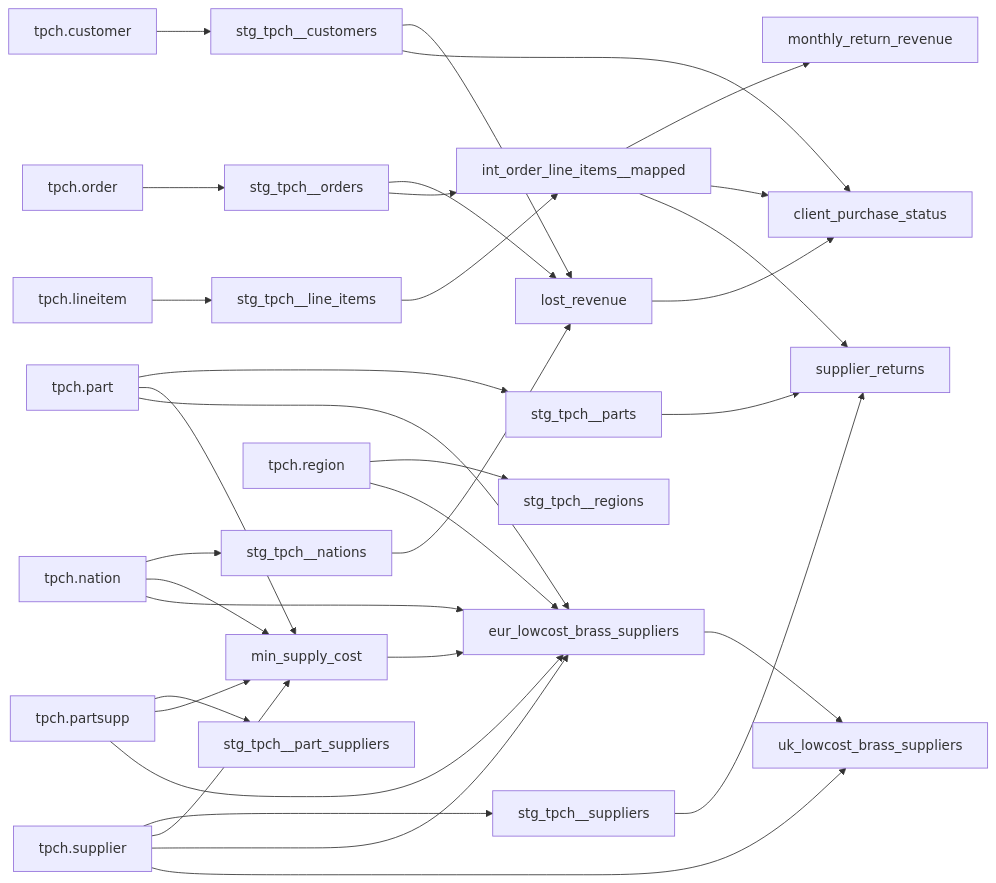
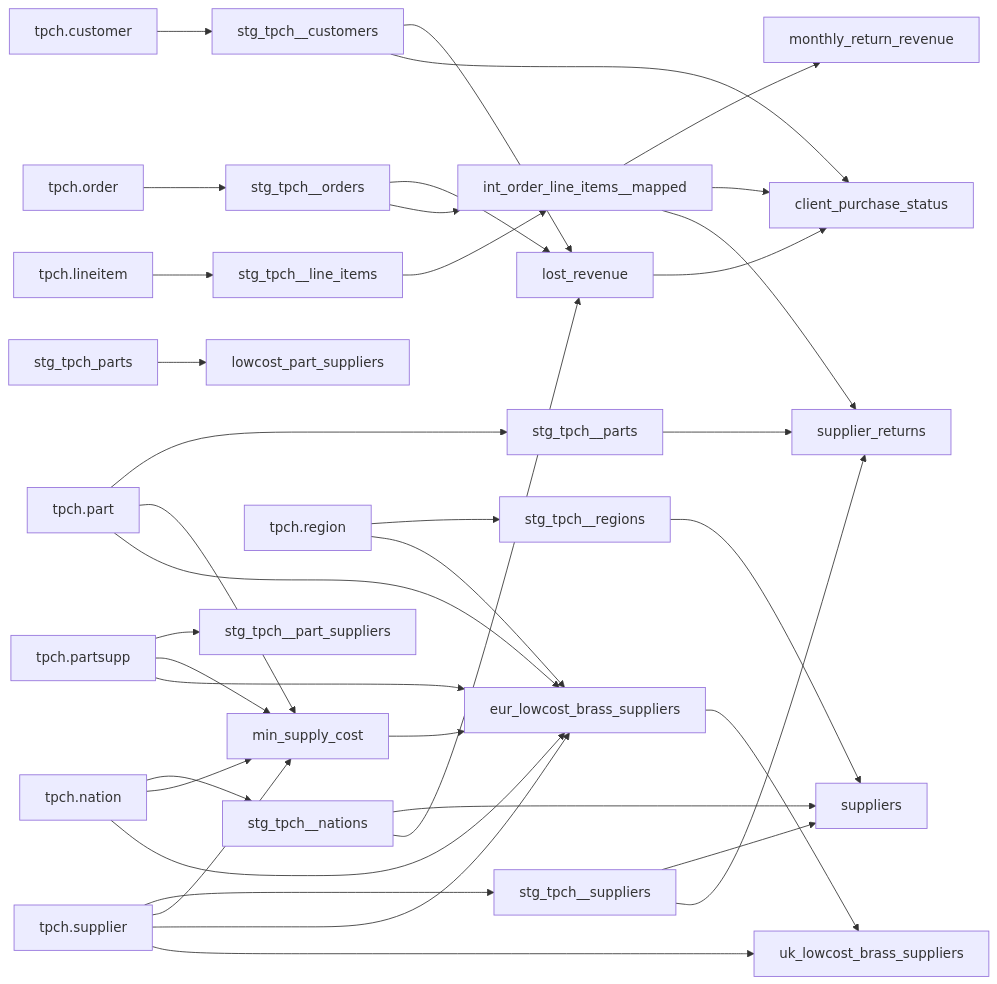
The second of 2 diagrams in README.md (nicholasyager/hubspot-technical-assessment-template), drawn with Mermaid before and after one commit.

````diff
--- a/README.md
+++ b/README.md
@@ -31,52 +31,61 @@
 ```mermaid
 flowchart LR
 
     classDef newModel stroke:#DAF7A6, fill:#DAF7A644
     classDef removedModel stroke:#F7A6B1, fill:#F7A6B144
 
     tpch.customer --> stg_tpch__customers;
     tpch.lineitem --> stg_tpch__line_items;
     tpch.nation --> stg_tpch__nations;
     tpch.order --> stg_tpch__orders;
     tpch.partsupp --> stg_tpch__part_suppliers;
     tpch.part --> stg_tpch__parts;
     tpch.region --> stg_tpch__regions;
     tpch.supplier --> stg_tpch__suppliers;
+
+    stg_tpch__suppliers --> suppliers
+    stg_tpch__nations --> suppliers
+    stg_tpch__regions --> suppliers
 
     stg_tpch__orders --> lost_revenue
     stg_tpch__customers --> lost_revenue
     stg_tpch__nations --> lost_revenue
 
     stg_tpch__orders --> int_order_line_items__mapped
     stg_tpch__line_items --> int_order_line_items__mapped
 
 
     int_order_line_items__mapped --> monthly_return_revenue
 
     stg_tpch__customers --> client_purchase_status;
     int_order_line_items__mapped --> client_purchase_status;
     lost_revenue --> client_purchase_status;
 
     min_supply_cost
     tpch.part --> min_supply_cost
     tpch.supplier --> min_supply_cost
     tpch.partsupp --> min_supply_cost
     tpch.nation --> min_supply_cost
 
     eur_lowcost_brass_suppliers
     tpch.part --> eur_lowcost_brass_suppliers
     tpch.supplier --> eur_lowcost_brass_suppliers
     tpch.partsupp --> eur_lowcost_brass_suppliers
     tpch.nation --> eur_lowcost_brass_suppliers
     tpch.region --> eur_lowcost_brass_suppliers
     min_supply_cost --> eur_lowcost_brass_suppliers
 
     uk_lowcost_brass_suppliers
     eur_lowcost_brass_suppliers --> uk_lowcost_brass_suppliers
     tpch.supplier --> uk_lowcost_brass_suppliers
 
     stg_tpch__suppliers --> supplier_returns
     stg_tpch__parts --> supplier_returns
     int_order_line_items__mapped --> supplier_returns
 
+    lowcost_part_suppliers
+    stg_tpch_parts --> lowcost_part_suppliers
+
+
+
 ```
````
